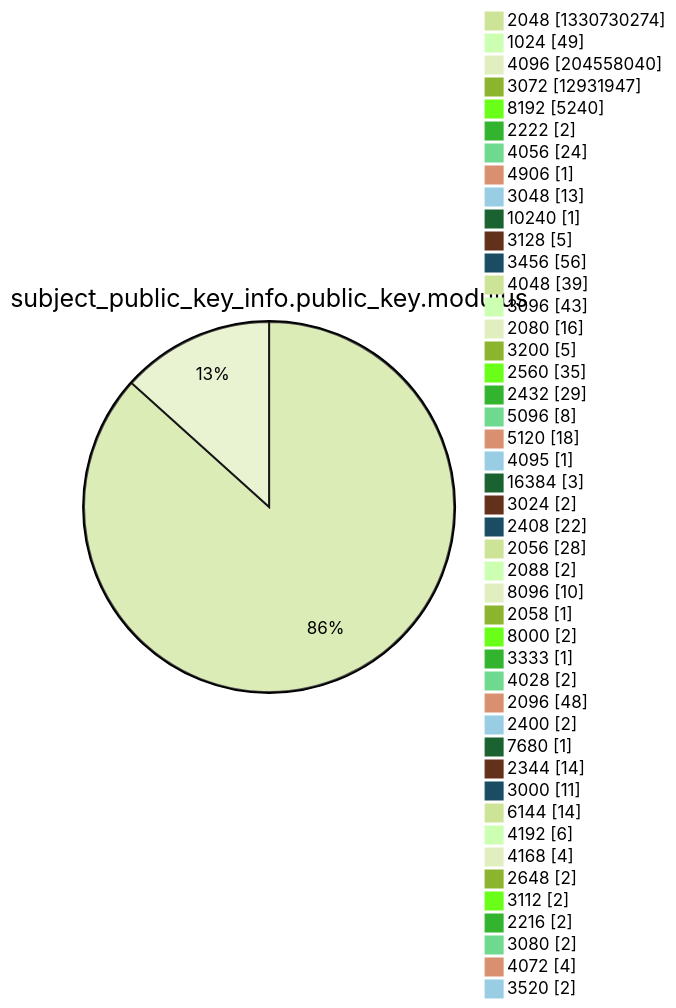
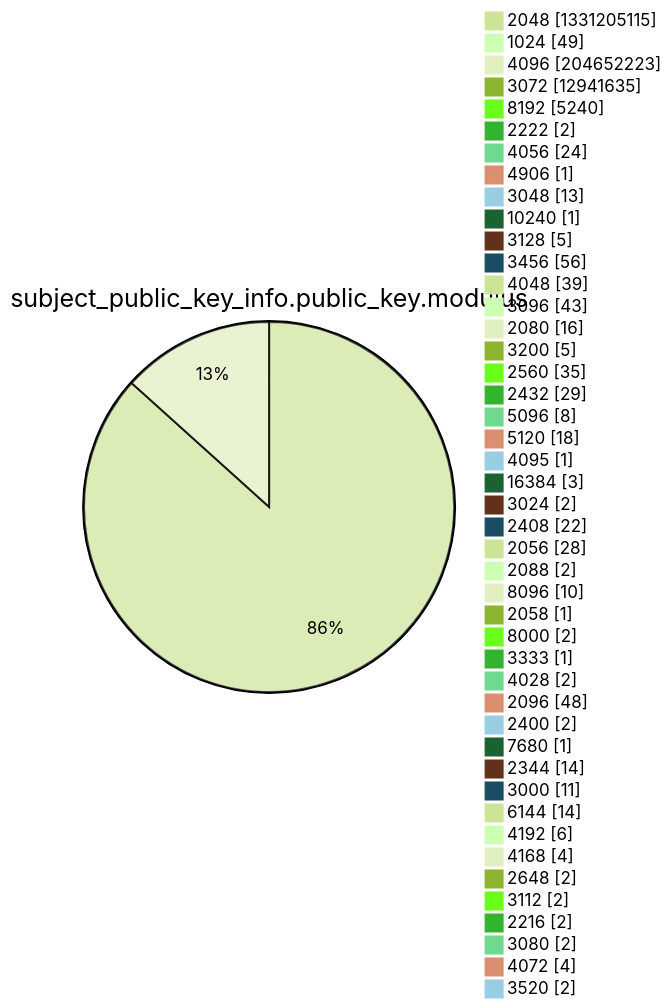
Before and after one commit to christiankrug/ctmonitor_visualization: diagram 13 of 15 in xenon2022/README.md, drawn with Mermaid (forest theme). The commit also changed other lines of this file, not shown here.

````diff
--- a/xenon2022/README.md
+++ b/xenon2022/README.md
@@ -3926,49 +3926,49 @@
 ```mermaid
 pie showData
 title subject_public_key_info.public_key.modulus
-"2048" :1330730274
+"2048" :1331205115
 "1024" :49
-"4096" :204558040
-"3072" :12931947
+"4096" :204652223
+"3072" :12941635
 "8192" :5240
 "2222" :2
 "4056" :24
 "4906" :1
 "3048" :13
 "10240" :1
 "3128" :5
 "3456" :56
 "4048" :39
 "3096" :43
 "2080" :16
 "3200" :5
 "2560" :35
 "2432" :29
 "5096" :8
 "5120" :18
 "4095" :1
 "16384" :3
 "3024" :2
 "2408" :22
 "2056" :28
 "2088" :2
 "8096" :10
 "2058" :1
 "8000" :2
 "3333" :1
 "4028" :2
 "2096" :48
 "2400" :2
 "7680" :1
 "2344" :14
 "3000" :11
 "6144" :14
 "4192" :6
 "4168" :4
 "2648" :2
 "3112" :2
 "2216" :2
 "3080" :2
 "4072" :4
 "3520" :2
 ```
````
